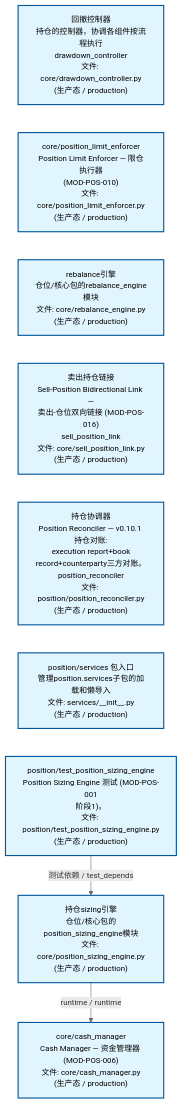
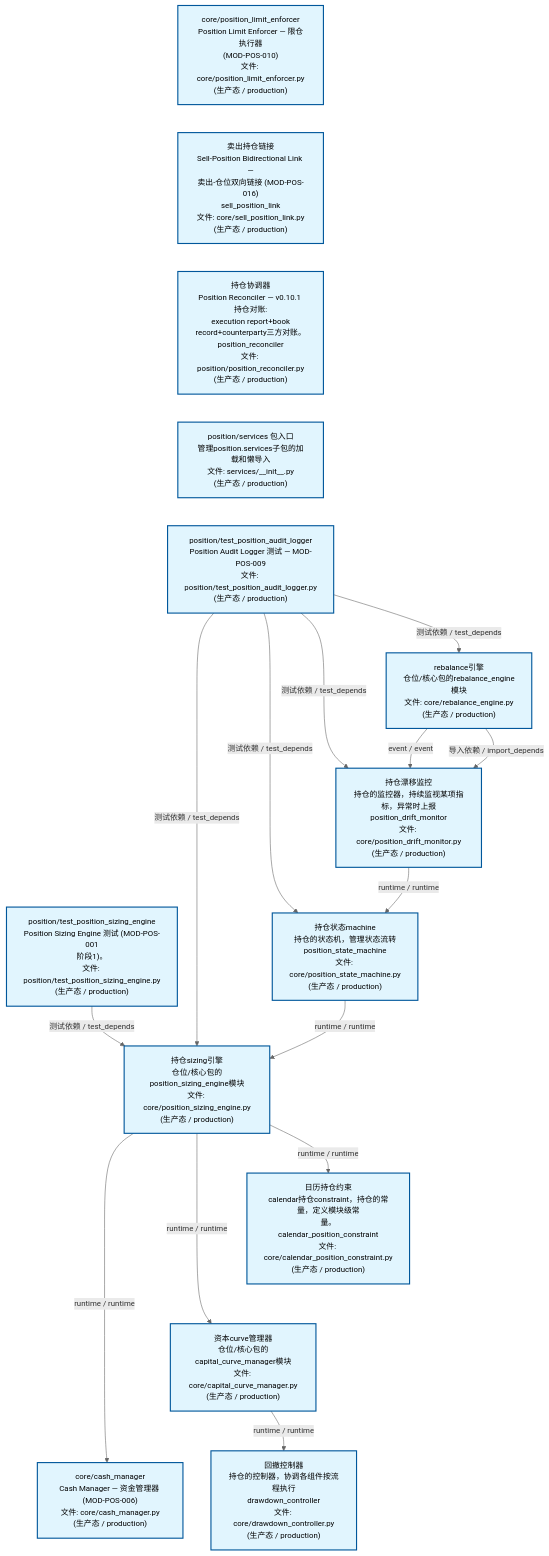
One commit to xuanFelixVan/ZephyrAlpha changed the second of 3 diagrams in docs/02_enterprise_architecture/02_domain_architecture_docs/64_d_position.md. Above: the diagram before and after it, drawn with Mermaid. The commit also changed other lines of this file and 40 other files, not shown here.

````diff
--- a/docs/02_enterprise_architecture/02_domain_architecture_docs/64_d_position.md
+++ b/docs/02_enterprise_architecture/02_domain_architecture_docs/64_d_position.md
@@ -117,26 +127,43 @@
 ```mermaid
 %%{init: {'theme': 'base', 'themeVariables': {'primaryColor': '#eaeaea', 'primaryTextColor': '#333333', 'primaryBorderColor': '#666666', 'lineColor': '#666666', 'secondaryColor': '#eaeaea', 'tertiaryColor': '#eaeaea', 'fontSize': '14px'}}}%%
 flowchart TD
-    src_zephyr_position_core_drawdown_controller_py["回撤控制器<br/>持仓的控制器，协调各组件按流程执行<br/>drawdown_controller<br/>文件: core/drawdown_controller.py<br/>(生产态 / production)"]
     src_zephyr_position_core_position_limit_enforcer_py["core/position_limit_enforcer<br/>Position Limit Enforcer — 限仓执行器<br/>(MOD-POS-010)<br/>文件: core/position_limit_enforcer.py<br/>(生产态 / production)"]
-    src_zephyr_position_core_rebalance_engine_py["rebalance引擎<br/>仓位/核心包的rebalance_engine模块<br/>文件: core/rebalance_engine.py<br/>(生产态 / production)"]
     src_zephyr_position_core_sell_position_link_py["卖出持仓链接<br/>Sell-Position Bidirectional Link —<br/>卖出-仓位双向链接 (MOD-POS-016)<br/>sell_position_link<br/>文件: core/sell_position_link.py<br/>(生产态 / production)"]
     src_zephyr_position_position_reconciler_py["持仓协调器<br/>Position Reconciler — v0.10.1 持仓对账:<br/>execution report+book<br/>record+counterparty三方对账。<br/>position_reconciler<br/>文件: position/position_reconciler.py<br/>(生产态 / production)"]
     src_zephyr_position_services_init_py["position/services 包入口<br/>管理position.services子包的加载和懒导入<br/>文件: services/__init__.py<br/>(生产态 / production)"]
+    tests_position_test_position_audit_logger_py["position/test_position_audit_logger<br/>Position Audit Logger 测试 — MOD-POS-009<br/>文件: position/test_position_audit_logger.py<br/>(生产态 / production)"]
     tests_position_test_position_sizing_engine_py["position/test_position_sizing_engine<br/>Position Sizing Engine 测试 (MOD-POS-001<br/>阶段1)。<br/>文件: position/test_position_sizing_engine.py<br/>(生产态 / production)"]
-    src_zephyr_position_core_drawdown_controller_py ~~~ src_zephyr_position_core_position_limit_enforcer_py
-    src_zephyr_position_core_position_limit_enforcer_py ~~~ src_zephyr_position_core_rebalance_engine_py
-    src_zephyr_position_core_rebalance_engine_py ~~~ src_zephyr_position_core_sell_position_link_py
+    src_zephyr_position_core_position_limit_enforcer_py ~~~ src_zephyr_position_core_sell_position_link_py
     src_zephyr_position_core_sell_position_link_py ~~~ src_zephyr_position_position_reconciler_py
     src_zephyr_position_position_reconciler_py ~~~ src_zephyr_position_services_init_py
-    src_zephyr_position_services_init_py ~~~ tests_position_test_position_sizing_engine_py
+    src_zephyr_position_services_init_py ~~~ tests_position_test_position_audit_logger_py
+    tests_position_test_position_audit_logger_py ~~~ tests_position_test_position_sizing_engine_py
+    src_zephyr_position_core_rebalance_engine_py["rebalance引擎<br/>仓位/核心包的rebalance_engine模块<br/>文件: core/rebalance_engine.py<br/>(生产态 / production)"]
+    src_zephyr_position_core_position_drift_monitor_py["持仓漂移监控<br/>持仓的监控器，持续监视某项指标，异常时上报<br/>position_drift_monitor<br/>文件: core/position_drift_monitor.py<br/>(生产态 / production)"]
+    src_zephyr_position_core_position_state_machine_py["持仓状态machine<br/>持仓的状态机，管理状态流转<br/>position_state_machine<br/>文件: core/position_state_machine.py<br/>(生产态 / production)"]
     src_zephyr_position_core_position_sizing_engine_py["持仓sizing引擎<br/>仓位/核心包的position_sizing_engine模块<br/>文件: core/position_sizing_engine.py<br/>(生产态 / production)"]
+    src_zephyr_position_core_calendar_position_constraint_py["日历持仓约束<br/>calendar持仓constraint，持仓的常量，定义模块级常<br/>量。<br/>calendar_position_constraint<br/>文件: core/calendar_position_constraint.py<br/>(生产态 / production)"]
+    src_zephyr_position_core_capital_curve_manager_py["资本curve管理器<br/>仓位/核心包的capital_curve_manager模块<br/>文件: core/capital_curve_manager.py<br/>(生产态 / production)"]
     src_zephyr_position_core_cash_manager_py["core/cash_manager<br/>Cash Manager — 资金管理器 (MOD-POS-006)<br/>文件: core/cash_manager.py<br/>(生产态 / production)"]
+    src_zephyr_position_core_calendar_position_constraint_py ~~~ src_zephyr_position_core_capital_curve_manager_py
+    src_zephyr_position_core_capital_curve_manager_py ~~~ src_zephyr_position_core_cash_manager_py
+    src_zephyr_position_core_drawdown_controller_py["回撤控制器<br/>持仓的控制器，协调各组件按流程执行<br/>drawdown_controller<br/>文件: core/drawdown_controller.py<br/>(生产态 / production)"]
+    src_zephyr_position_core_capital_curve_manager_py -->|runtime / runtime| src_zephyr_position_core_drawdown_controller_py
+    src_zephyr_position_core_position_drift_monitor_py -->|runtime / runtime| src_zephyr_position_core_position_state_machine_py
+    src_zephyr_position_core_rebalance_engine_py -->|导入依赖 / import_depends| src_zephyr_position_core_position_drift_monitor_py
+    src_zephyr_position_core_rebalance_engine_py -->|event / event| src_zephyr_position_core_position_drift_monitor_py
+    src_zephyr_position_core_position_state_machine_py -->|runtime / runtime| src_zephyr_position_core_position_sizing_engine_py
+    src_zephyr_position_core_position_sizing_engine_py -->|runtime / runtime| src_zephyr_position_core_calendar_position_constraint_py
+    src_zephyr_position_core_position_sizing_engine_py -->|runtime / runtime| src_zephyr_position_core_capital_curve_manager_py
     src_zephyr_position_core_position_sizing_engine_py -->|runtime / runtime| src_zephyr_position_core_cash_manager_py
+    tests_position_test_position_audit_logger_py -->|测试依赖 / test_depends| src_zephyr_position_core_position_drift_monitor_py
+    tests_position_test_position_audit_logger_py -->|测试依赖 / test_depends| src_zephyr_position_core_rebalance_engine_py
+    tests_position_test_position_audit_logger_py -->|测试依赖 / test_depends| src_zephyr_position_core_position_state_machine_py
+    tests_position_test_position_audit_logger_py -->|测试依赖 / test_depends| src_zephyr_position_core_position_sizing_engine_py
     tests_position_test_position_sizing_engine_py -->|测试依赖 / test_depends| src_zephyr_position_core_position_sizing_engine_py
     classDef production fill:#e1f5fe,stroke:#01579b,stroke-width:2px,color:#000
     classDef design fill:#fff3e0,stroke:#e65100,stroke-width:2px,color:#000,stroke-dasharray: 5 5
     classDef external_prod fill:#e8f4fd,stroke:#0277bd,stroke-width:1px,color:#000
     classDef external_design fill:#fff8e7,stroke:#ef6c00,stroke-width:1px,color:#000,stroke-dasharray: 5 5
-    class src_zephyr_position_core_cash_manager_py,src_zephyr_position_core_drawdown_controller_py,src_zephyr_position_core_position_limit_enforcer_py,src_zephyr_position_core_position_sizing_engine_py,src_zephyr_position_core_rebalance_engine_py,src_zephyr_position_core_sell_position_link_py,src_zephyr_position_position_reconciler_py,src_zephyr_position_services_init_py,tests_position_test_position_sizing_engine_py production
+    class src_zephyr_position_core_calendar_position_constraint_py,src_zephyr_position_core_capital_curve_manager_py,src_zephyr_position_core_cash_manager_py,src_zephyr_position_core_drawdown_controller_py,src_zephyr_position_core_position_drift_monitor_py,src_zephyr_position_core_position_limit_enforcer_py,src_zephyr_position_core_position_sizing_engine_py,src_zephyr_position_core_position_state_machine_py,src_zephyr_position_core_rebalance_engine_py,src_zephyr_position_core_sell_position_link_py,src_zephyr_position_position_reconciler_py,src_zephyr_position_services_init_py,tests_position_test_position_audit_logger_py,tests_position_test_position_sizing_engine_py production
 ```
````
